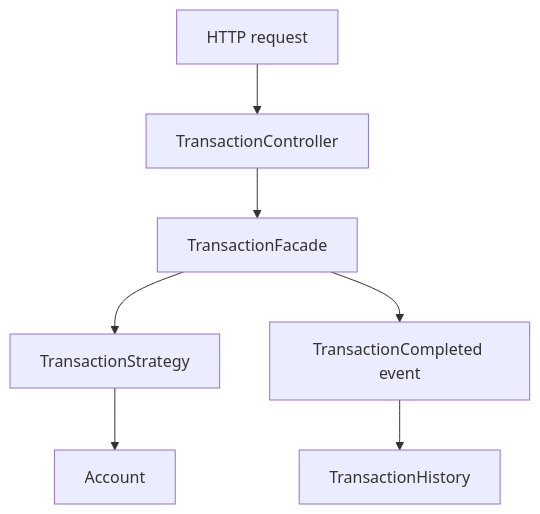
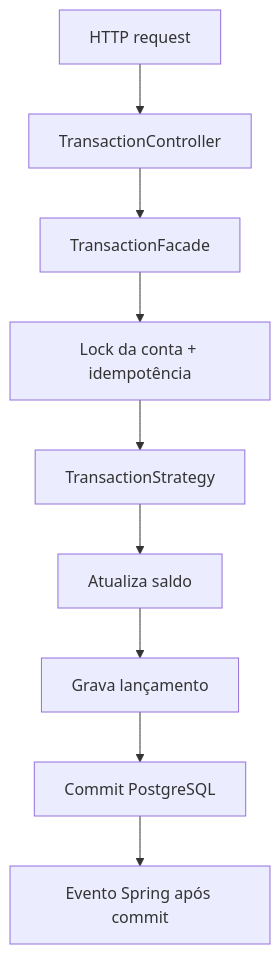
The diagram in design-patterns-bank-api/README.md (WalterMatheusgg/oficina-java), drawn with Mermaid before and after one commit. The commit also changed other lines of this file and 23 other files, not shown here.

````diff
--- a/design-patterns-bank-api/README.md
+++ b/design-patterns-bank-api/README.md
@@ -25,9 +26,11 @@
 ```mermaid
 flowchart TD
     A["HTTP request"] --> B["TransactionController"]
     B --> C["TransactionFacade"]
-    C --> D["TransactionStrategy"]
-    D --> E["Account"]
-    C --> F["TransactionCompleted event"]
-    F --> G["TransactionHistory"]
+    C --> D["Lock da conta + idempotência"]
+    D --> E["TransactionStrategy"]
+    E --> F["Atualiza saldo"]
+    F --> G["Grava lançamento"]
+    G --> H["Commit PostgreSQL"]
+    H --> I["Evento Spring após commit"]
 ```
````
